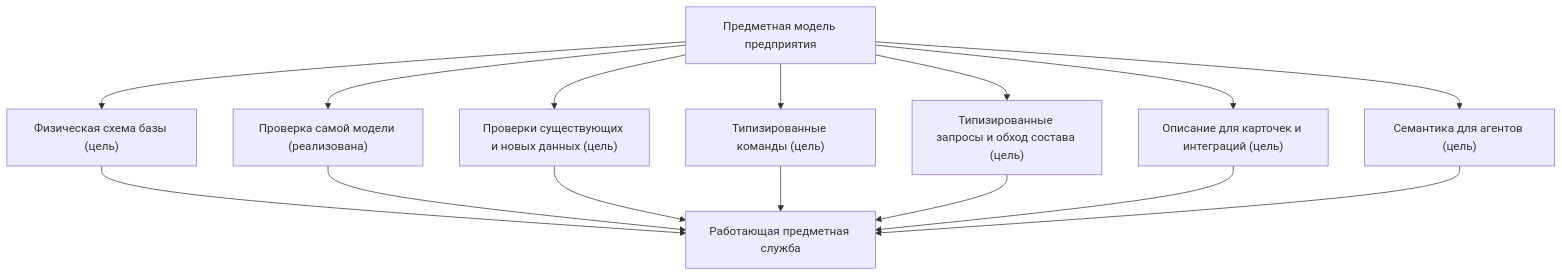
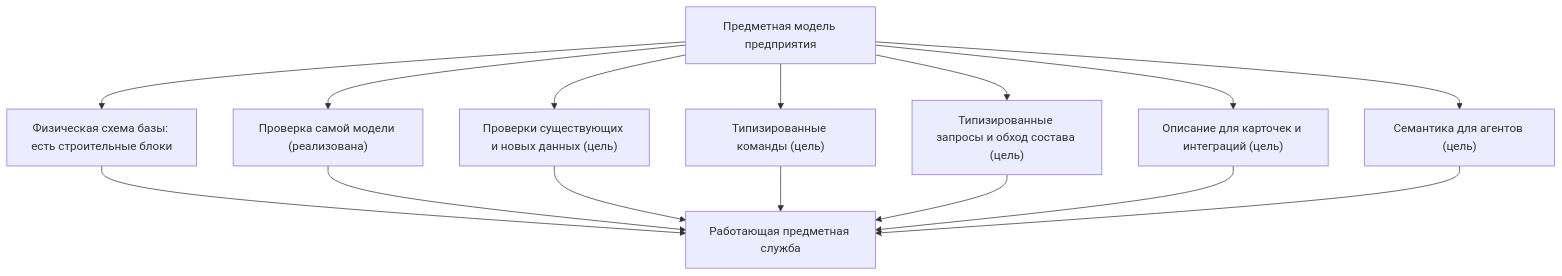
The first of 2 diagrams in wiki/Data-model-runtime.md (ZelAnton/Interlink-product-book), drawn with Mermaid before and after one commit. The commit also changed other lines of this file and 231 other files, not shown here.

````diff
--- a/wiki/Data-model-runtime.md
+++ b/wiki/Data-model-runtime.md
@@ -13,17 +13,17 @@
 ```mermaid
 flowchart TD
-    A["Предметная модель предприятия"] --> B["Физическая схема базы (цель)"]
+    A["Предметная модель предприятия"] --> B["Физическая схема базы: есть строительные блоки"]
     A --> C["Проверка самой модели (реализована)"]
     A --> C2["Проверки существующих и новых данных (цель)"]
     A --> D["Типизированные команды (цель)"]
     A --> E["Типизированные запросы и обход состава (цель)"]
     A --> F["Описание для карточек и интеграций (цель)"]
     A --> G["Семантика для агентов (цель)"]
     B --> H["Работающая предметная служба"]
     C --> H
     C2 --> H
     D --> H
     E --> H
     F --> H
     G --> H
 ```
````
